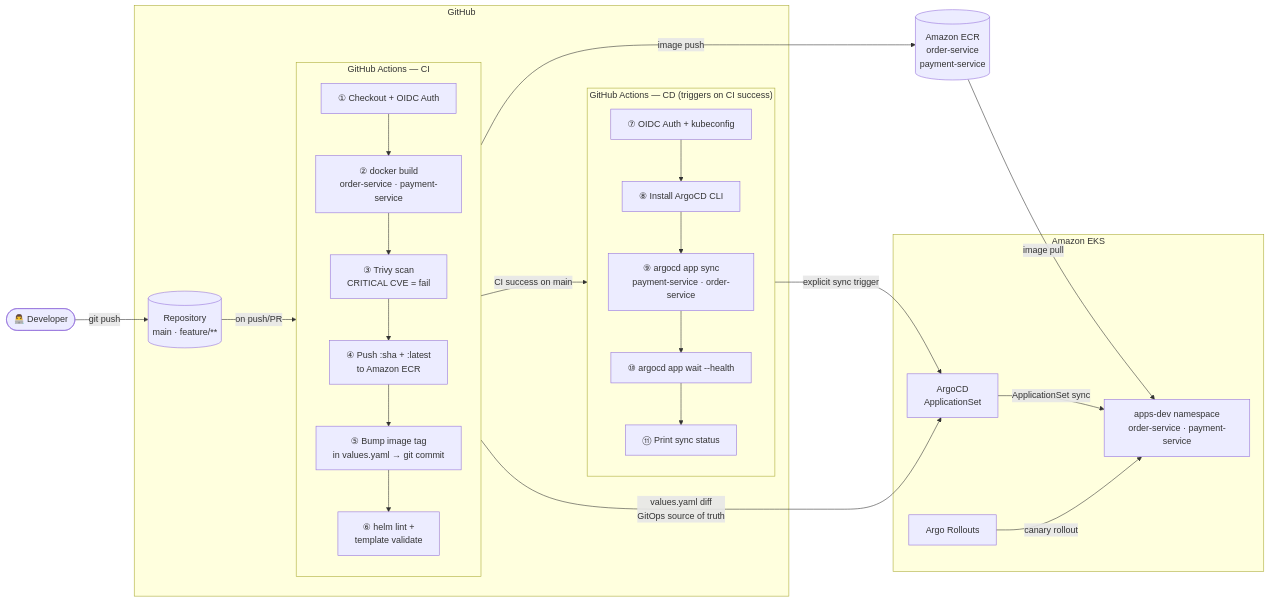
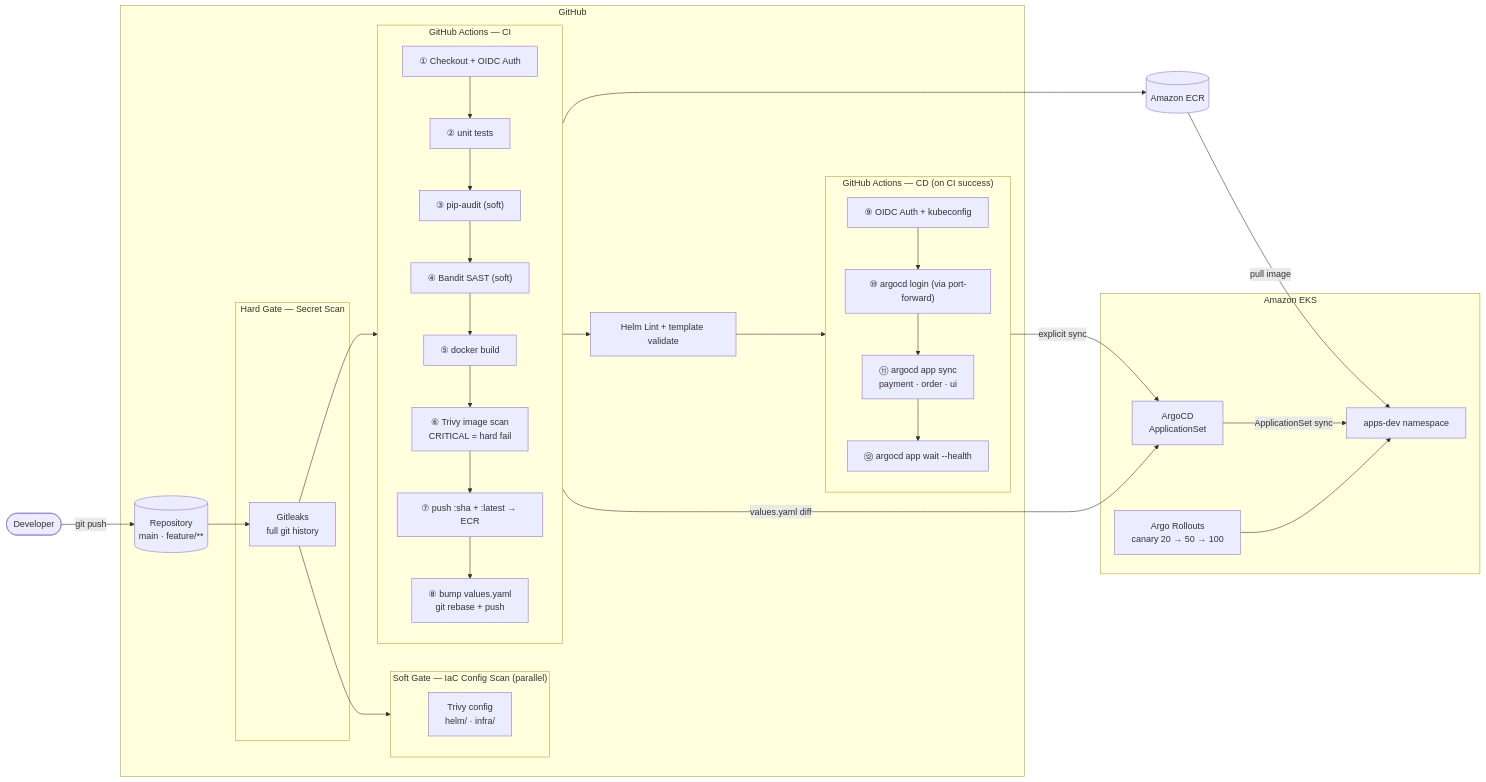
One commit to mrsrujan/IntelliOps changed the first of 4 diagrams in docs/architecture.md. Above: the diagram before and after it, drawn with Mermaid. The commit also changed other lines of this file, not shown here.

Commit message:
docs: refresh architecture diagrams for current state
- CI/CD Pipeline diagram now shows the DevSecOps gates (Gitleaks hard,
  Trivy IaC / pip-audit / Bandit soft) and numbered pipeline steps
- Platform Architecture diagram adds the ui service, the ALB Ingress
  provisioned by the AWS Load Balancer Controller, and an external
  user entering through it
- Canary diagram notes that steps are defined in helm/<service>/values.yaml
  now that the strategy lives inside the Helm charts
- Component Summary table refreshed: all layers marked complete,
  ECR shows the three repos (order, payment, ui), monitoring is no
  longer flagged as "pending"

````diff
--- a/docs/architecture.md
+++ b/docs/architecture.md
@@ -7,47 +7,61 @@
 ```mermaid
 flowchart LR
-    DEV(["👨‍💻 Developer"])
+    DEV(["Developer"])
 
     subgraph GH ["GitHub"]
         REPO[(Repository\nmain · feature/**)]
 
+        subgraph SECRET ["Hard Gate — Secret Scan"]
+            GITLEAKS["Gitleaks\nfull git history"]
+        end
+
+        subgraph IAC ["Soft Gate — IaC Config Scan  (parallel)"]
+            TRIVY_IAC["Trivy config\nhelm/ · infra/"]
+        end
+
         subgraph CI ["GitHub Actions — CI"]
             direction TB
             CI1["① Checkout + OIDC Auth"]
-            CI2["② docker build\norder-service · payment-service"]
-            CI3["③ Trivy scan\nCRITICAL CVE = fail"]
-            CI4["④ Push :sha + :latest\nto Amazon ECR"]
-            CI5["⑤ Bump image tag\nin values.yaml → git commit"]
-            CI6["⑥ helm lint +\ntemplate validate"]
-            CI1 --> CI2 --> CI3 --> CI4 --> CI5 --> CI6
+            CI2["② unit tests"]
+            CI3["③ pip-audit  (soft)"]
+            CI4["④ Bandit SAST  (soft)"]
+            CI5["⑤ docker build"]
+            CI6["⑥ Trivy image scan\nCRITICAL = hard fail"]
+            CI7["⑦ push :sha + :latest → ECR"]
+            CI8["⑧ bump values.yaml\ngit rebase + push"]
+            CI1 --> CI2 --> CI3 --> CI4 --> CI5 --> CI6 --> CI7 --> CI8
         end
 
-        subgraph CD ["GitHub Actions — CD  (triggers on CI success)"]
+        HELM_LINT["Helm Lint + template validate"]
+
+        subgraph CD ["GitHub Actions — CD  (on CI success)"]
             direction TB
-            CD1["⑦ OIDC Auth + kubeconfig"]
-            CD2["⑧ Install ArgoCD CLI"]
-            CD3["⑨ argocd app sync\npayment-service · order-service"]
-            CD4["⑩ argocd app wait --health"]
-            CD5["⑪ Print sync status"]
-            CD1 --> CD2 --> CD3 --> CD4 --> CD5
+            CD1["⑨ OIDC Auth + kubeconfig"]
+            CD2["⑩ argocd login (via port-forward)"]
+            CD3["⑪ argocd app sync\npayment · order · ui"]
+            CD4["⑫ argocd app wait --health"]
+            CD1 --> CD2 --> CD3 --> CD4
         end
     end
 
-    ECR[("Amazon ECR\norder-service\npayment-service")]
+    ECR[("Amazon ECR")]
 
     subgraph EKS_BOX ["Amazon EKS"]
         ARGO["ArgoCD\nApplicationSet"]
-        ROLLOUTS["Argo Rollouts"]
-        APPS["apps-dev namespace\norder-service · payment-service"]
+        ROLLOUTS["Argo Rollouts\ncanary 20 → 50 → 100"]
+        APPS["apps-dev namespace"]
     end
 
     DEV -->|git push| REPO
-    REPO -->|on push/PR| CI
-    CI6 -->|CI success on main| CD
-    CI4 -->|image push| ECR
-    CI5 -->|values.yaml diff\nGitOps source of truth| ARGO
-    CD3 -->|explicit sync trigger| ARGO
-    ECR -->|image pull| APPS
+    REPO --> GITLEAKS
+    GITLEAKS --> IAC
+    GITLEAKS --> CI
+    CI --> HELM_LINT
+    HELM_LINT --> CD
+    CI7 --> ECR
+    CI8 -->|values.yaml diff| ARGO
+    CD3 -->|explicit sync| ARGO
+    ECR -->|pull image| APPS
     ARGO -->|ApplicationSet sync| APPS
-    ROLLOUTS -->|canary rollout| APPS
+    ROLLOUTS --> APPS
 ```
````
